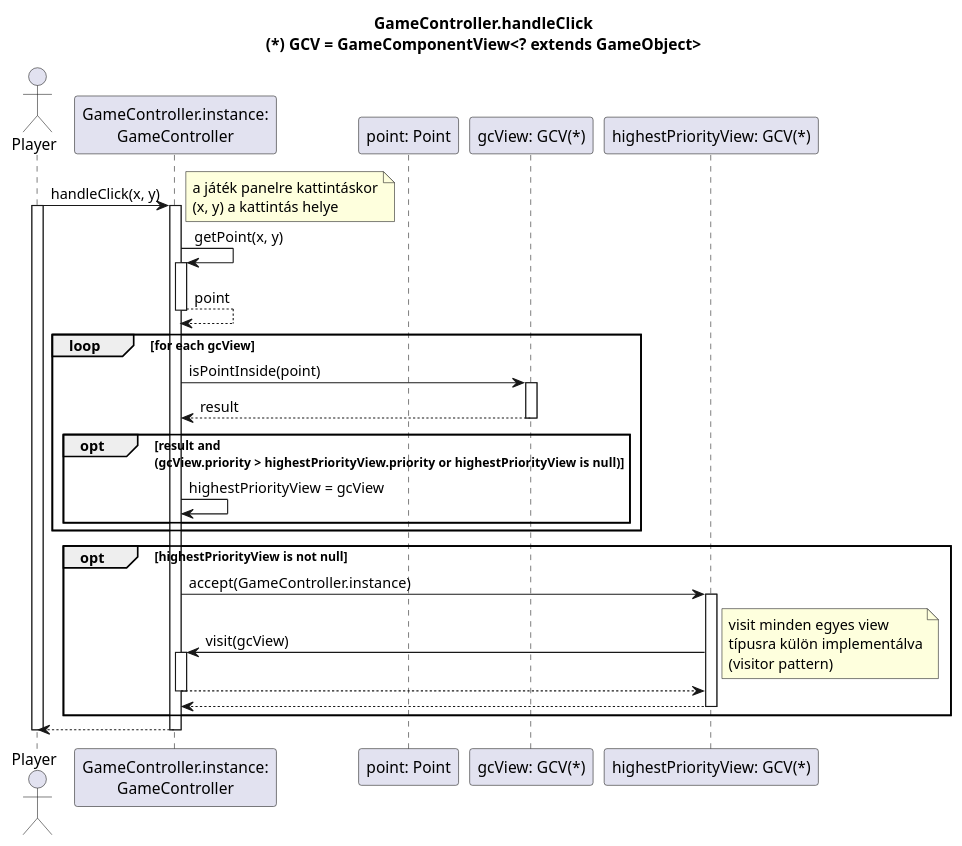
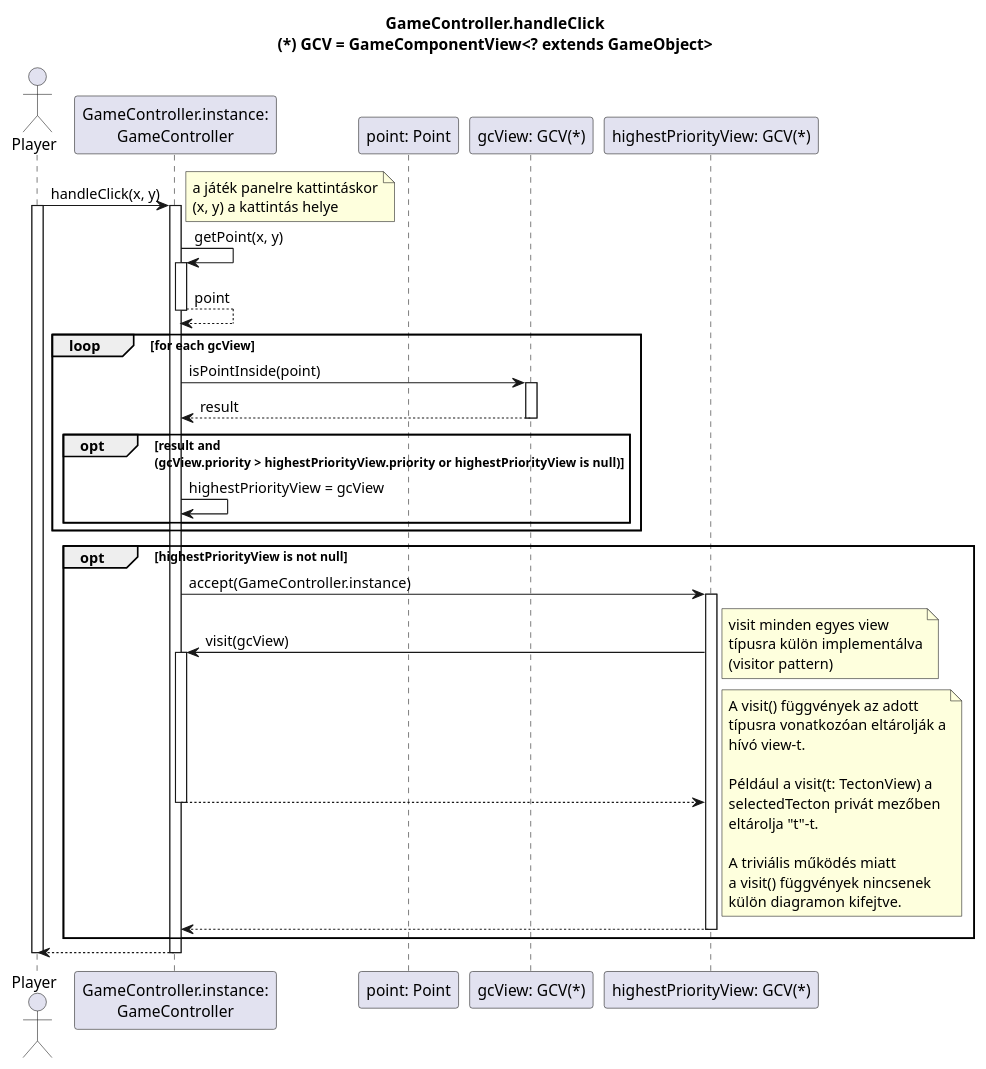
One commit to dzsem/projlab changed the diagram in diagrams/mvc-sequence/handleClick.plantuml. Above: the diagram before and after it, drawn with PlantUML.

Commit message:
Indoklás a visit()-ek kihagyására

```diff
--- a/diagrams/mvc-sequence/handleClick.plantuml
+++ b/diagrams/mvc-sequence/handleClick.plantuml
@@ -1,54 +1,55 @@
 @startuml handleClick
 
 title GameController.handleClick\n(*) GCV = GameComponentView<? extends GameObject>
 
 actor "Player" as p
 participant "GameController.instance:\nGameController" as gc
 
 participant "point: Point" as point
 participant "gcView: GCV(*)" as c
 participant "highestPriorityView: GCV(*)" as hc
 
 p -> gc: handleClick(x, y)
 note right: a játék panelre kattintáskor\n(x, y) a kattintás helye
 activate p
 activate gc
 
 	gc -> gc: getPoint(x, y)
 	activate gc
 
 	gc --> gc: point
 	deactivate gc
 
 	loop for each gcView
 		gc -> c: isPointInside(point)
 		activate c
 
 		gc <-- c: result
 		deactivate c
 
 		opt result and\n(gcView.priority > highestPriorityView.priority or highestPriorityView is null)
 			gc -> gc: highestPriorityView = gcView
 		end
 	end
 
 	opt highestPriorityView is not null
 		gc -> hc: accept(GameController.instance)
 		activate hc
 
 			hc -> gc: visit(gcView)
 			note right: visit minden egyes view\ntípusra külön implementálva\n(visitor pattern)
 			activate gc
 
 			gc --> hc
+			note right: A visit() függvények az adott\ntípusra vonatkozóan eltárolják a\nhívó view-t.\n\nPéldául a visit(t: TectonView) a\nselectedTecton privát mezőben\neltárolja "t"-t.\n\nA triviális működés miatt\na visit() függvények nincsenek\nkülön diagramon kifejtve.
 			deactivate gc
 
 		hc --> gc
 		deactivate hc
 	end
 
 p <-- gc
 deactivate p
 deactivate gc
 
 @enduml
```
